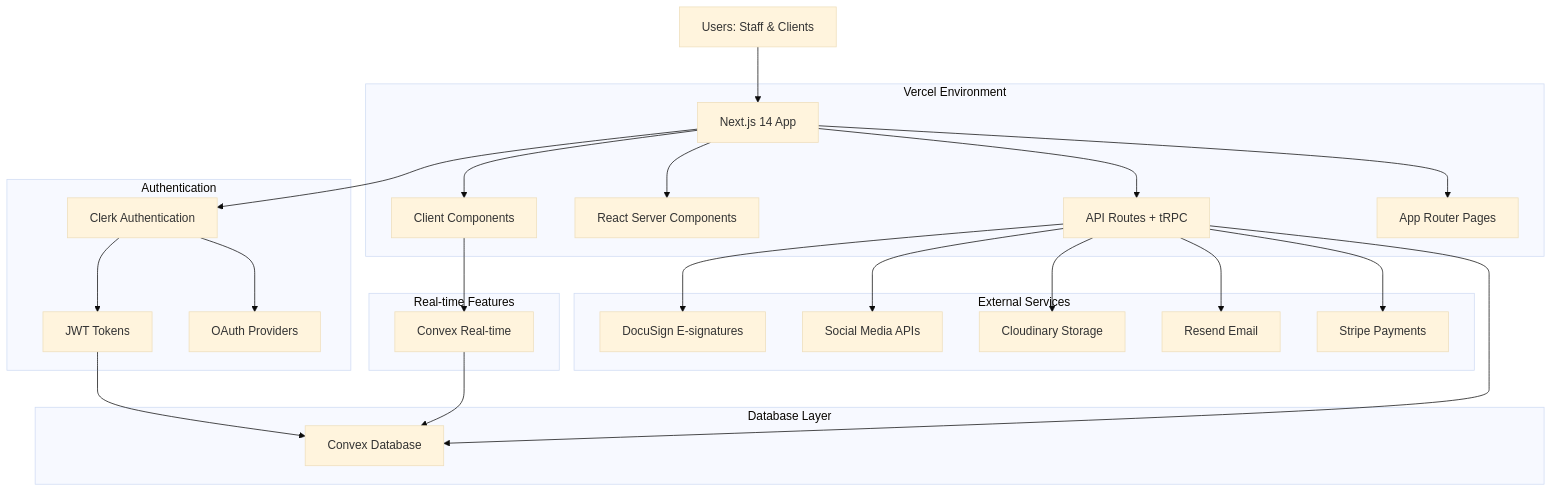
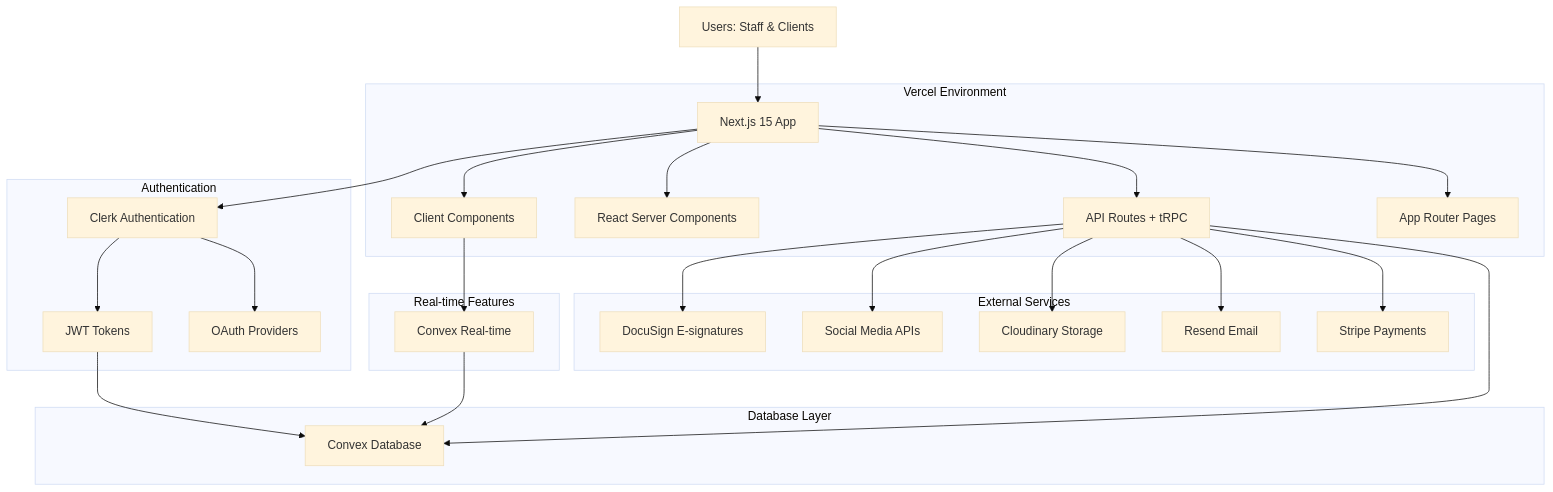
One commit to arne-braeckman/eventRunner changed the diagram in docs/architecture/high-level-architecture.md. Above: the diagram before and after it, drawn with Mermaid (base theme). The commit also changed other lines of this file and 323 other files, not shown here.

````diff
--- a/docs/architecture/high-level-architecture.md
+++ b/docs/architecture/high-level-architecture.md
@@ -32,35 +32,35 @@
 ```mermaid
 graph TD
-    User[Users: Staff & Clients] --> NextApp[Next.js 14 App]
+    User[Users: Staff & Clients] --> NextApp[Next.js 15 App]
     
     subgraph Vercel_Environment[Vercel Environment]
         NextApp --> AppRouter[App Router Pages]
         NextApp --> APIRoutes[API Routes + tRPC]
         NextApp --> ServerComponents[React Server Components]
         NextApp --> ClientComponents[Client Components]
     end
     
     subgraph Database_Layer[Database Layer]
         APIRoutes --> Convex[Convex Database]
     end
     
     subgraph Authentication[Authentication]
         NextApp --> ClerkAuth[Clerk Authentication]
         ClerkAuth --> AuthProviders[OAuth Providers]
         ClerkAuth --> JWTTokens[JWT Tokens]
         JWTTokens --> Convex
     end
     
     subgraph External_Services[External Services]
         APIRoutes --> Stripe[Stripe Payments]
         APIRoutes --> Resend[Resend Email]
         APIRoutes --> Cloudinary[Cloudinary Storage]
         APIRoutes --> SocialAPIs[Social Media APIs]
         APIRoutes --> DocuSign[DocuSign E-signatures]
     end
     
     subgraph Real_Time[Real-time Features]
         ClientComponents --> Convex_Realtime[Convex Real-time]
         Convex_Realtime --> Convex
     end
 ```
````
